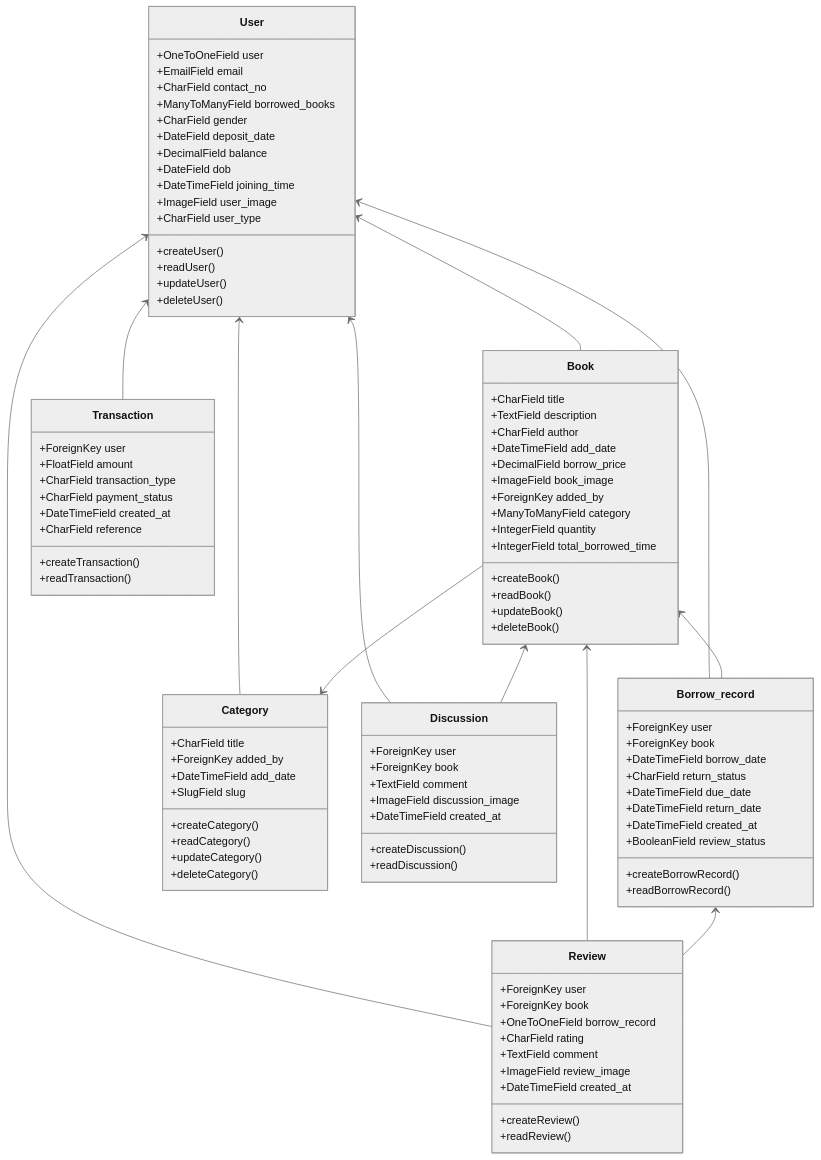
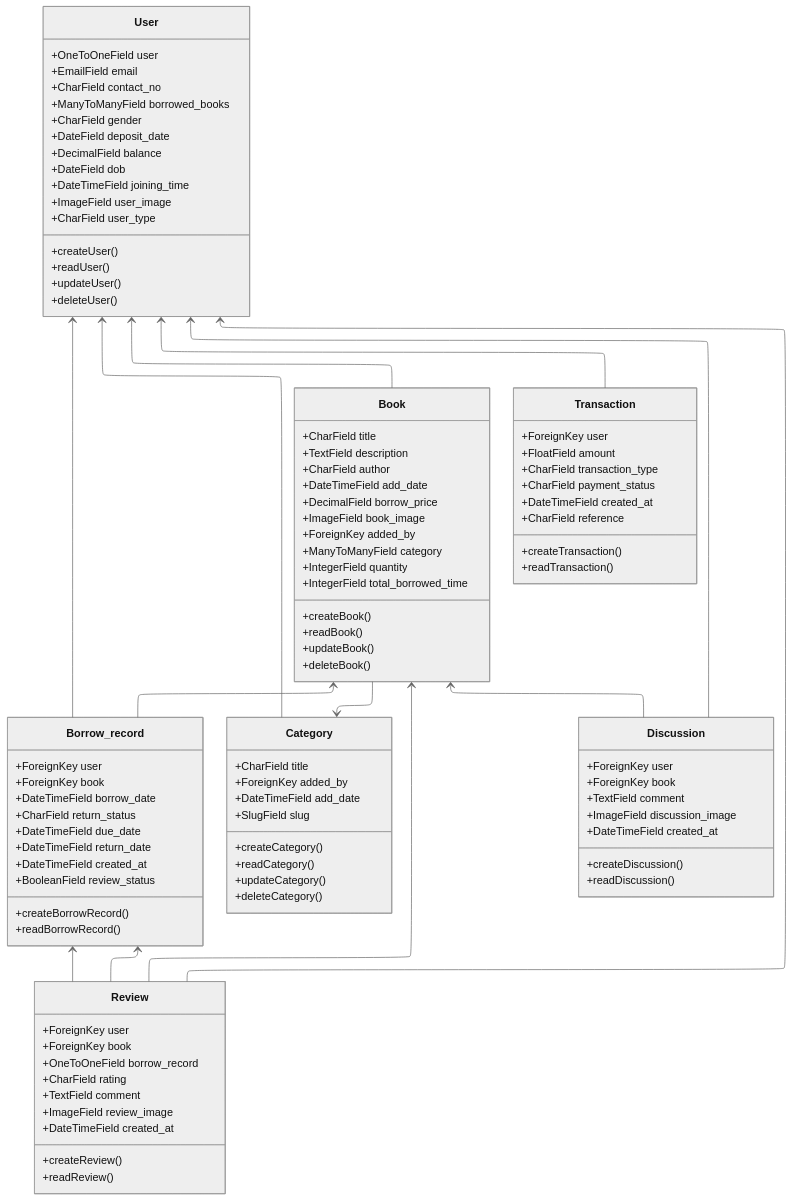
The diagram in Class_Diagram.mmd (Arannamoy/BookLoop), drawn with Mermaid (neutral theme) before and after one commit.

Commit message:
upd: Class_diagram.mmd && Class_diagram.png

```diff
--- a/Class_Diagram.mmd
+++ b/Class_Diagram.mmd
@@ -1,124 +1,123 @@
+---
+config:
+  layout: elk
+  class:
+    hideEmptyMembersBox: true
+---
 classDiagram
 direction TB
+    class User {
+	    +OneToOneField user
+	    +EmailField email
+	    +CharField contact_no
+	    +ManyToManyField borrowed_books
+	    +CharField gender
+	    +DateField deposit_date
+	    +DecimalField balance
+	    +DateField dob
+	    +DateTimeField joining_time
+	    +ImageField user_image
+	    +CharField user_type
+	    +createUser()
+	    +readUser()
+	    +updateUser()
+	    +deleteUser()
+    }
+    class Book {
+	    +CharField title
+	    +TextField description
+	    +CharField author
+	    +DateTimeField add_date
+	    +DecimalField borrow_price
+	    +ImageField book_image
+	    +ForeignKey added_by
+	    +ManyToManyField category
+	    +IntegerField quantity
+	    +IntegerField total_borrowed_time
+	    +createBook()
+	    +readBook()
+	    +updateBook()
+	    +deleteBook()
+    }
+    class Borrow_record {
+	    +ForeignKey user
+	    +ForeignKey book
+	    +DateTimeField borrow_date
+	    +CharField return_status
+	    +DateTimeField due_date
+	    +DateTimeField return_date
+	    +DateTimeField created_at
+	    +BooleanField review_status
+	    +createBorrowRecord()
+	    +readBorrowRecord()
+    }
+    class Category {
+	    +CharField title
+	    +ForeignKey added_by
+	    +DateTimeField add_date
+	    +SlugField slug
+	    +createCategory()
+	    +readCategory()
+	    +updateCategory()
+	    +deleteCategory()
+    }
+    class Discussion {
+	    +ForeignKey user
+	    +ForeignKey book
+	    +TextField comment
+	    +ImageField discussion_image
+	    +DateTimeField created_at
+	    +createDiscussion()
+	    +readDiscussion()
+    }
+    class Review {
+	    +ForeignKey user
+	    +ForeignKey book
+	    +OneToOneField borrow_record
+	    +CharField rating
+	    +TextField comment
+	    +ImageField review_image
+	    +DateTimeField created_at
+	    +createReview()
+	    +readReview()
+    }
+    class Transaction {
+	    +ForeignKey user
+	    +FloatField amount
+	    +CharField transaction_type
+	    +CharField payment_status
+	    +DateTimeField created_at
+	    +CharField reference
+	    +createTransaction()
+	    +readTransaction()
+    }
 
-class User {
-    +OneToOneField user
-    +EmailField email
-    +CharField contact_no
-    +ManyToManyField borrowed_books
-    +CharField gender
-    +DateField deposit_date
-    +DecimalField balance
-    +DateField dob
-    +DateTimeField joining_time
-    +ImageField user_image
-    +CharField user_type
-    +createUser()
-    +readUser()
-    +updateUser()
-    +deleteUser()
-}
+    User <-- Book
+    User <-- Borrow_record
+    User <-- Discussion
+    User <-- Review
+    User <-- Transaction
+    User <-- Category
+    Book <-- Borrow_record
+    Book <-- Discussion
+    Book <-- Review
+    Book --> Category
+    Borrow_record <-- Review
 
-class Book {
-    +CharField title
-    +TextField description
-    +CharField author
-    +DateTimeField add_date
-    +DecimalField borrow_price
-    +ImageField book_image
-    +ForeignKey added_by
-    +ManyToManyField category
-    +IntegerField quantity
-    +IntegerField total_borrowed_time
-    +createBook()
-    +readBook()
-    +updateBook()
-    +deleteBook()
-}
-
-class Borrow_record {
-    +ForeignKey user
-    +ForeignKey book
-    +DateTimeField borrow_date
-    +CharField return_status
-    +DateTimeField due_date
-    +DateTimeField return_date
-    +DateTimeField created_at
-    +BooleanField review_status
-    +createBorrowRecord()
-    +readBorrowRecord()
-}
-
-class Category {
-    +CharField title
-    +ForeignKey added_by
-    +DateTimeField add_date
-    +SlugField slug
-    +createCategory()
-    +readCategory()
-    +updateCategory()
-    +deleteCategory()
-}
-
-class Discussion {
-    +ForeignKey user
-    +ForeignKey book
-    +TextField comment
-    +ImageField discussion_image
-    +DateTimeField created_at
-    +createDiscussion()
-    +readDiscussion()
-}
-
-class Review {
-    +ForeignKey user
-    +ForeignKey book
-    +OneToOneField borrow_record
-    +CharField rating
-    +TextField comment
-    +ImageField review_image
-    +DateTimeField created_at
-    +createReview()
-    +readReview()
-}
-
-class Transaction {
-    +ForeignKey user
-    +FloatField amount
-    +CharField transaction_type
-    +CharField payment_status
-    +DateTimeField created_at
-    +CharField reference
-    +createTransaction()
-    +readTransaction()
-}
-
-
-User  <--  Book 
-User  <--  Borrow_record 
-User  <--  Discussion
-User  <--  Review 
-User  <--  Transaction 
-User  <--  Category 
-Book  <--  Borrow_record 
-Book  <--  Discussion 
-Book  <--  Review
-Book  -->  Category 
-
-
+    
 Borrow_record  <--  Review 
 %% %% ===== Relationships =====
 %% User "1" -- "many" Book : added_by
 %% User "1" -- "many" Borrow_record : user_borrow_record
 %% User "1" -- "many" Discussion : user_discussions
 %% User "1" -- "many" Review : user_reviews
 %% User "1" -- "many" Transaction : user_transaction
 %% User "1" -- "many" Category : added_by
 %% User "many" -- "many" Book : borrowed_books
 
 %% Book "1" -- "many" Borrow_record : book
 %% Book "1" -- "many" Discussion : book_discussions
 %% Book "1" -- "many" Review : book_reviews
 %% Book "many" -- "many" Category : book_categories
 
 %% Borrow_record "1" -- "1" Review : borrow_reviews
```
